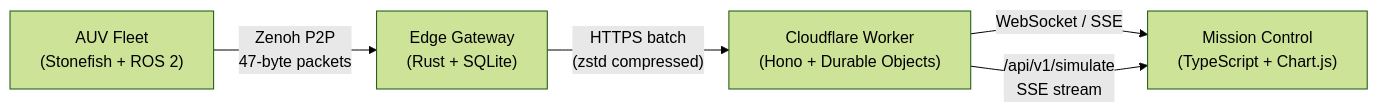
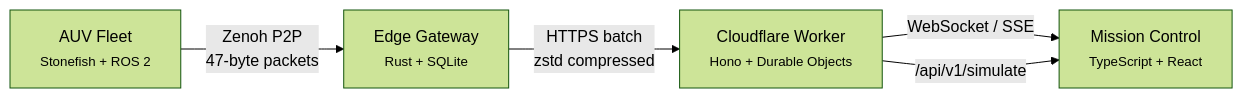
One commit to kakashi3lite/abyssal-twin changed the diagram in README.md. Above: the diagram before and after it, drawn with Mermaid (forest theme). The commit also changed other lines of this file, not shown here.

````diff
--- a/README.md
+++ b/README.md
@@ -14,7 +23,7 @@
 ```mermaid
 graph LR
-  A["AUV Fleet\n(Stonefish + ROS 2)"] -->|"Zenoh P2P\n47-byte packets"| B["Edge Gateway\n(Rust + SQLite)"]
-  B -->|"HTTPS batch\n(zstd compressed)"| C["Cloudflare Worker\n(Hono + Durable Objects)"]
-  C -->|"WebSocket / SSE"| D["Mission Control\n(TypeScript + Chart.js)"]
-  C -->|"/api/v1/simulate\nSSE stream"| D
+  A["AUV Fleet<br/><small>Stonefish + ROS 2</small>"] -->|"Zenoh P2P<br/>47-byte packets"| B["Edge Gateway<br/><small>Rust + SQLite</small>"]
+  B -->|"HTTPS batch<br/>zstd compressed"| C["Cloudflare Worker<br/><small>Hono + Durable Objects</small>"]
+  C -->|"WebSocket / SSE"| D["Mission Control<br/><small>TypeScript + React</small>"]
+  C -->|"/api/v1/simulate"| D
 ```
````
